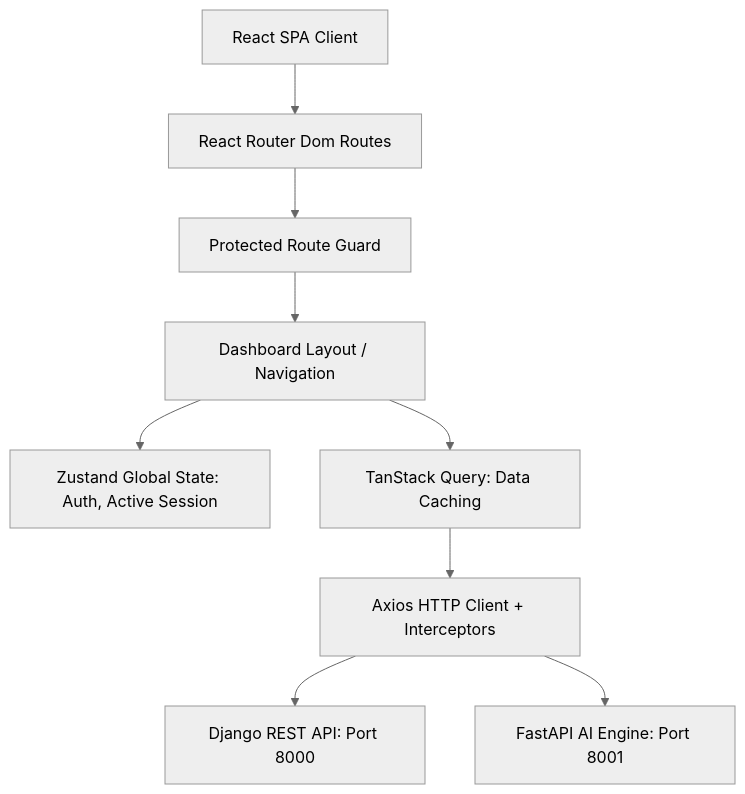
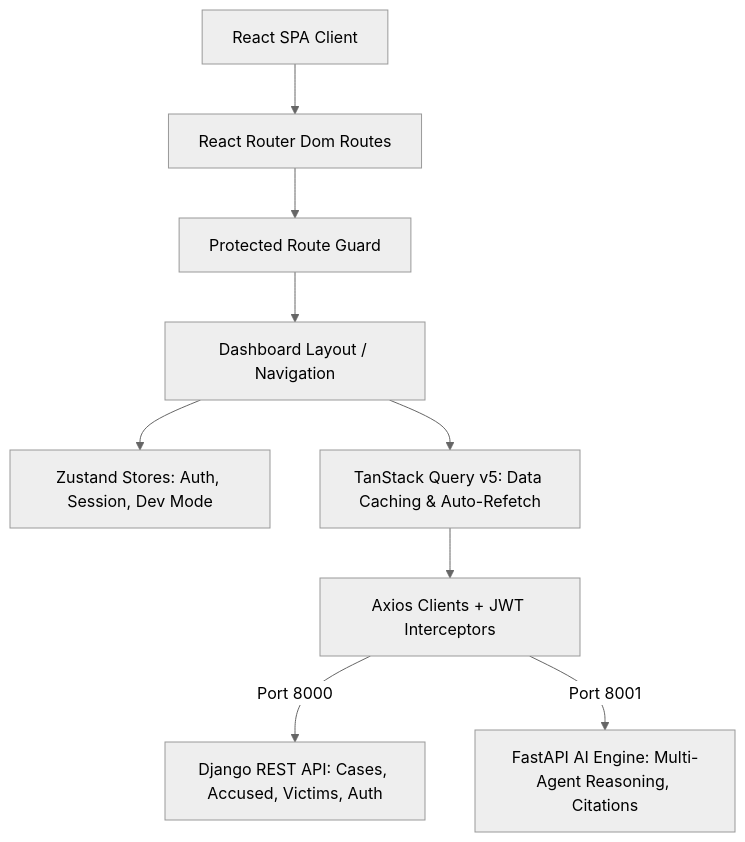
The diagram in FRONTEND_ARCHITECTURE.md (Nithish-1622/VigilX-FE), drawn with Mermaid (neutral theme) before and after one commit. The commit also changed other lines of this file and 64 other files, not shown here.

````diff
--- a/FRONTEND_ARCHITECTURE.md
+++ b/FRONTEND_ARCHITECTURE.md
@@ -83,13 +11,13 @@
 ```mermaid
 graph TD
     Client[React SPA Client] --> Routes[React Router Dom Routes]
     Routes --> Protected[Protected Route Guard]
     Protected --> Layout[Dashboard Layout / Navigation]
     
-    Layout --> Zustand[Zustand Global State: Auth, Active Session]
-    Layout --> TanStack[TanStack Query: Data Caching]
+    Layout --> Zustand[Zustand Stores: Auth, Session, Dev Mode]
+    Layout --> TanStack[TanStack Query v5: Data Caching & Auto-Refetch]
     
-    TanStack --> Axios[Axios HTTP Client + Interceptors]
-    Axios --> Django[Django REST API: Port 8000]
-    Axios --> FastAPI[FastAPI AI Engine: Port 8001]
+    TanStack --> Axios[Axios Clients + JWT Interceptors]
+    Axios -->|Port 8000| Django[Django REST API: Cases, Accused, Victims, Auth]
+    Axios -->|Port 8001| FastAPI[FastAPI AI Engine: Multi-Agent Reasoning, Citations]
 ```
````
